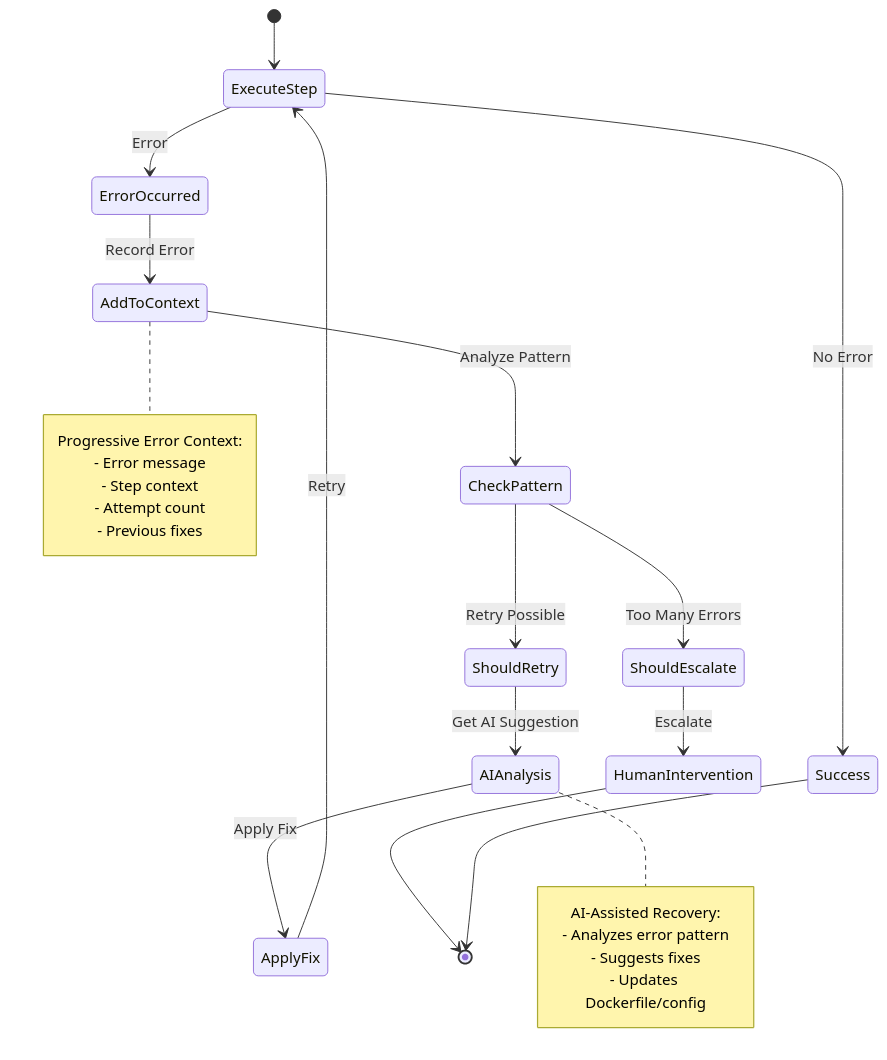
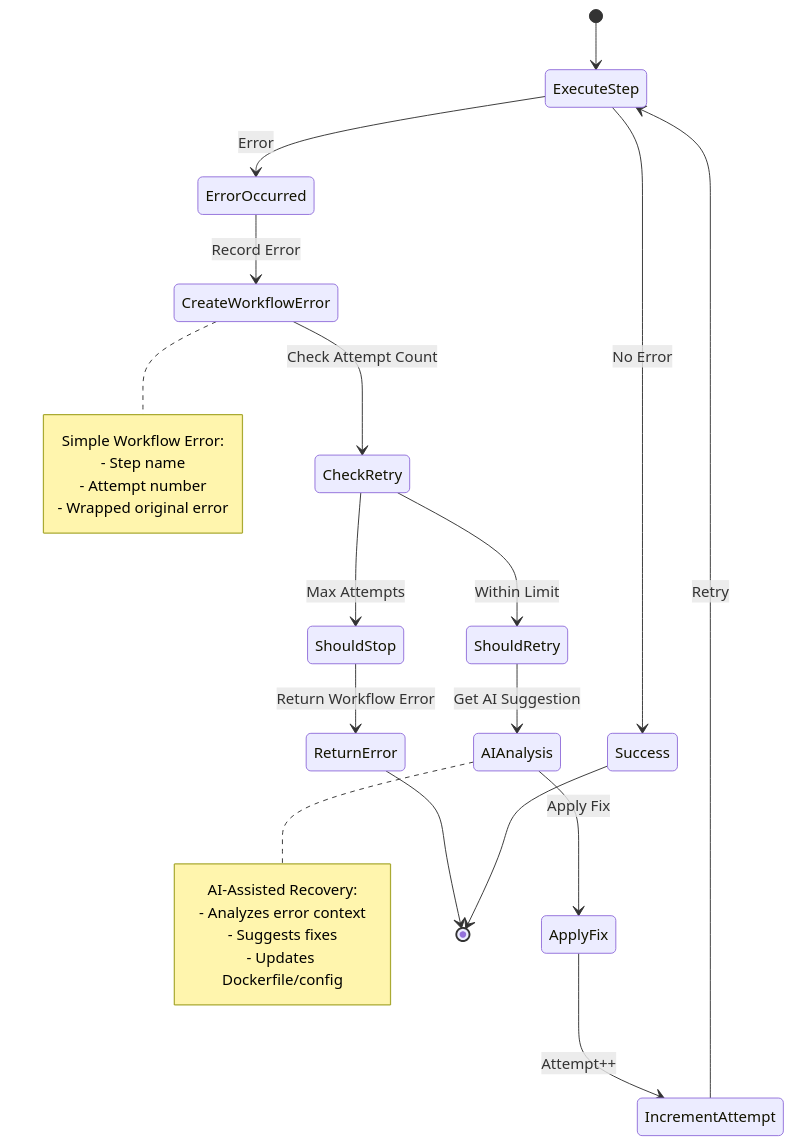
One commit to Azure/containerization-assist changed the fourth of 4 diagrams in docs/architecture/diagrams/README-architecture.md. Above: the diagram before and after it, drawn with Mermaid. The commit also changed other lines of this file and 211 other files, not shown here.

Commit message:
feat: multi step workflow and cleanup

````diff
--- a/docs/architecture/diagrams/README-architecture.md
+++ b/docs/architecture/diagrams/README-architecture.md
@@ -175,36 +192,36 @@
 ```mermaid
 stateDiagram-v2
     [*] --> ExecuteStep
     ExecuteStep --> Success: No Error
     ExecuteStep --> ErrorOccurred: Error
     
-    ErrorOccurred --> AddToContext: Record Error
-    AddToContext --> CheckPattern: Analyze Pattern
+    ErrorOccurred --> CreateWorkflowError: Record Error
+    CreateWorkflowError --> CheckRetry: Check Attempt Count
     
-    CheckPattern --> ShouldRetry: Retry Possible
-    CheckPattern --> ShouldEscalate: Too Many Errors
+    CheckRetry --> ShouldRetry: Within Limit
+    CheckRetry --> ShouldStop: Max Attempts
     
     ShouldRetry --> AIAnalysis: Get AI Suggestion
     AIAnalysis --> ApplyFix: Apply Fix
-    ApplyFix --> ExecuteStep: Retry
+    ApplyFix --> IncrementAttempt: Attempt++
+    IncrementAttempt --> ExecuteStep: Retry
     
-    ShouldEscalate --> HumanIntervention: Escalate
-    HumanIntervention --> [*]
+    ShouldStop --> ReturnError: Return Workflow Error
+    ReturnError --> [*]
     
     Success --> [*]
     
-    note right of AddToContext
-        Progressive Error Context:
-        - Error message
-        - Step context
-        - Attempt count
-        - Previous fixes
+    note right of CreateWorkflowError
+        Simple Workflow Error:
+        - Step name
+        - Attempt number
+        - Wrapped original error
     end note
     
     note right of AIAnalysis
         AI-Assisted Recovery:
-        - Analyzes error pattern
+        - Analyzes error context
         - Suggests fixes
         - Updates Dockerfile/config
     end note
 ```
````
